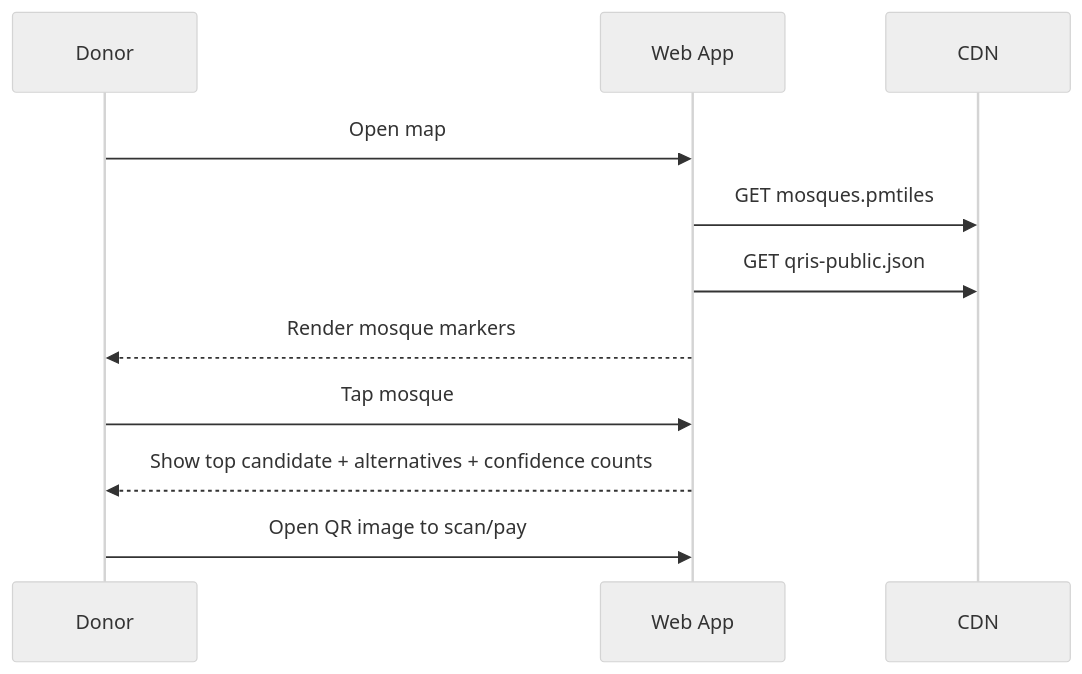
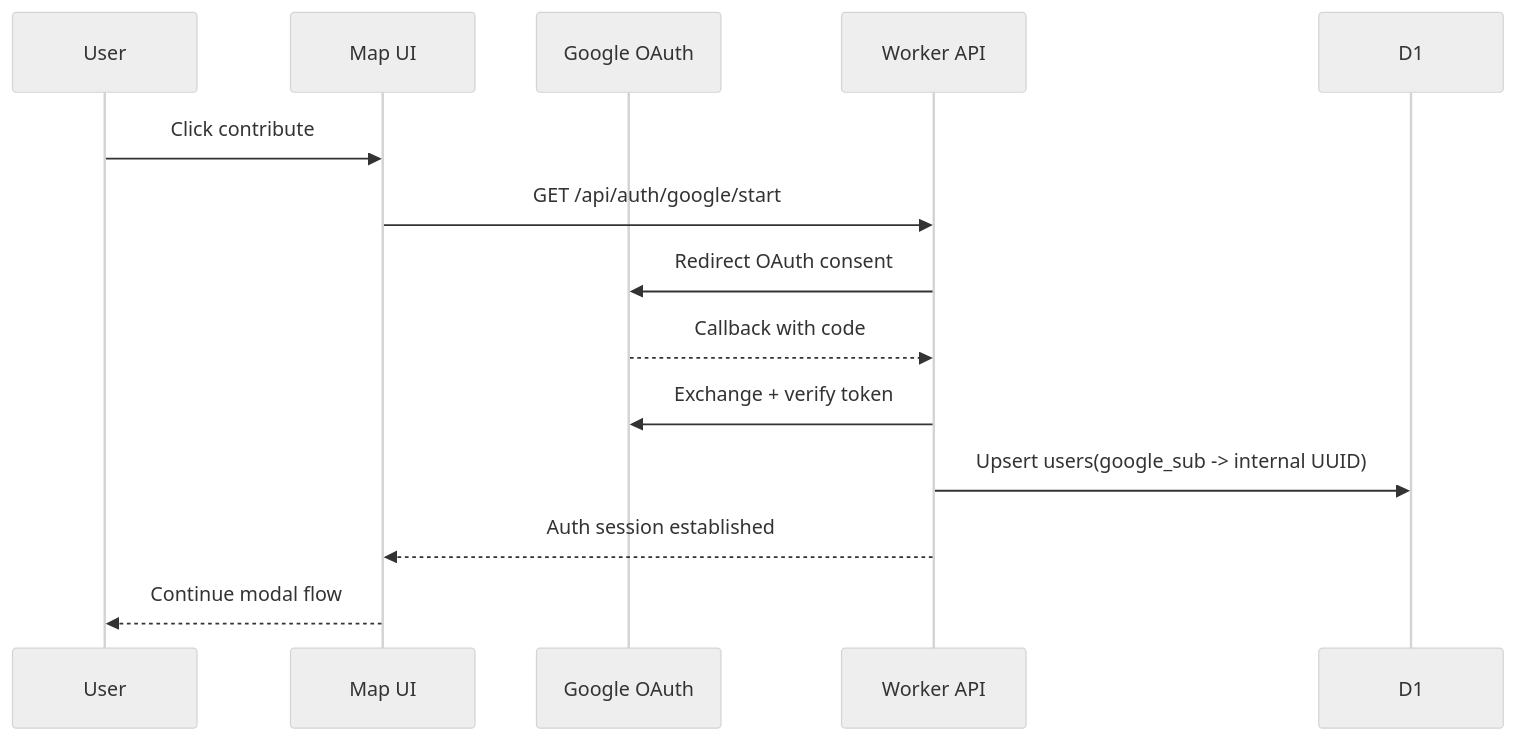
The fourth of 5 diagrams in docs/spec.md (radjathaher/qris-masjid), drawn with Mermaid (neutral theme) before and after one commit. The commit also changed other lines of this file and 54 other files, not shown here.

Commit message:
feat: scaffold cloudflare mvp with fsd layout and modal map flow

````diff
--- a/docs/spec.md
+++ b/docs/spec.md
@@ -234,14 +258,17 @@
 ```mermaid
 sequenceDiagram
-  participant U as Donor
-  participant FE as Web App
-  participant CDN as CDN
+  participant U as User
+  participant FE as Map UI
+  participant GA as Google OAuth
+  participant API as Worker API
+  participant D1 as D1
 
-  U->>FE: Open map
-  FE->>CDN: GET mosques.pmtiles
-  FE->>CDN: GET qris-public.json
-  FE-->>U: Render mosque markers
-  U->>FE: Tap mosque
-  FE-->>U: Show top candidate + alternatives + confidence counts
-  U->>FE: Open QR image to scan/pay
+  U->>FE: Click contribute
+  FE->>API: GET /api/auth/google/start
+  API->>GA: Redirect OAuth consent
+  GA-->>API: Callback with code
+  API->>GA: Exchange + verify token
+  API->>D1: Upsert users(google_sub -> internal UUID)
+  API-->>FE: Auth session established
+  FE-->>U: Continue modal flow
 ```
````
